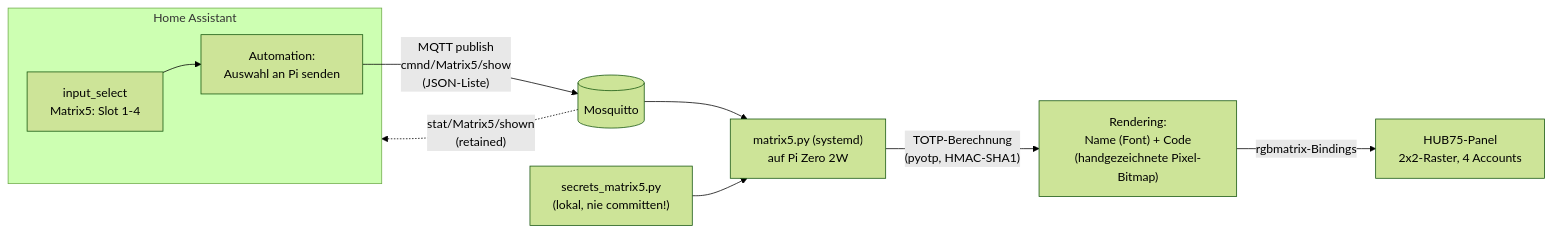
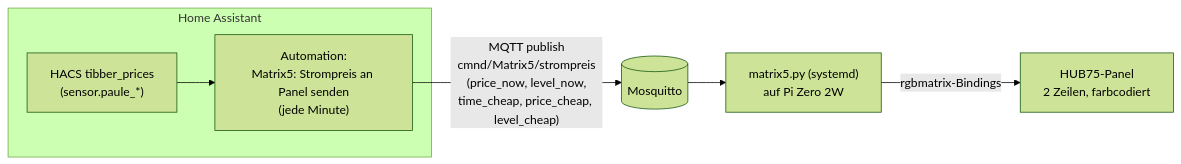
Before and after one commit to icepaule/IceMatrix: the diagram in docs/matrix5-strompreis.md, drawn with Mermaid (forest theme). The commit also changed other lines of this file and 2 other files, not shown here.

First line of the commit message:
feat(matrix5): Code + Doku fuer die Stromkosten-Umstellung nachreichen

````diff
--- a/docs/matrix5-strompreis.md
+++ b/docs/matrix5-strompreis.md
@@ -114,14 +34,11 @@
 ```mermaid
 flowchart LR
     subgraph HA["Home Assistant"]
-        S1["input_select<br/>Matrix5: Slot 1-4"]
-        AUTO["Automation:<br/>Auswahl an Pi senden"]
+        TIBBER["HACS tibber_prices<br/>(sensor.paule_*)"]
+        AUTO["Automation:<br/>Matrix5: Strompreis an Panel senden<br/>(jede Minute)"]
     end
-    S1 --> AUTO
-    AUTO -->|"MQTT publish<br/>cmnd/Matrix5/show<br/>(JSON-Liste)"| MQTT[("Mosquitto")]
+    TIBBER --> AUTO
+    AUTO -->|"MQTT publish<br/>cmnd/Matrix5/strompreis<br/>(price_now, level_now,<br/>time_cheap, price_cheap, level_cheap)"| MQTT[("Mosquitto")]
     MQTT --> SVC["matrix5.py (systemd)<br/>auf Pi Zero 2W"]
-    SECRETS["secrets_matrix5.py<br/>(lokal, nie committen!)"] --> SVC
-    SVC -->|"TOTP-Berechnung<br/>(pyotp, HMAC-SHA1)"| RENDER["Rendering:<br/>Name (Font) + Code<br/>(handgezeichnete Pixel-Bitmap)"]
-    RENDER -->|"rgbmatrix-Bindings"| PANEL["HUB75-Panel<br/>2x2-Raster, 4 Accounts"]
-    MQTT -.->|"stat/Matrix5/shown<br/>(retained)"| HA
+    SVC -->|"rgbmatrix-Bindings"| PANEL["HUB75-Panel<br/>2 Zeilen, farbcodiert"]
 ```
````
